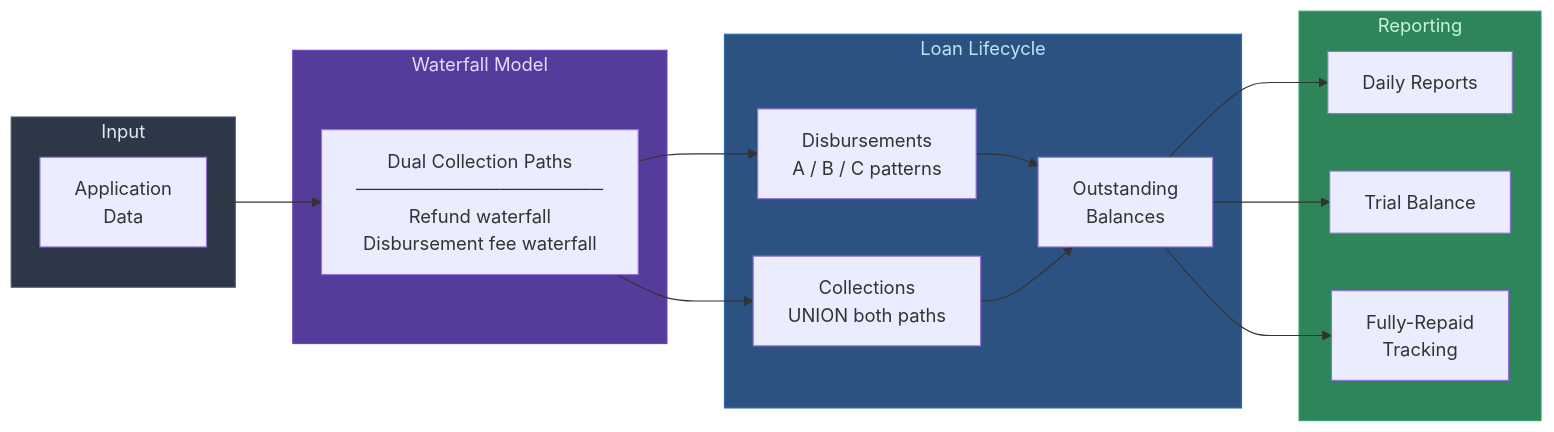
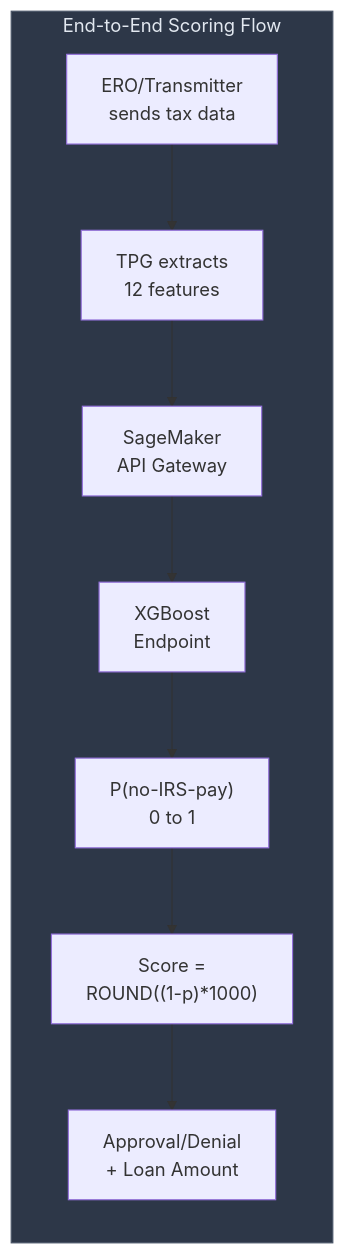
Before and after one commit to akong-git/data-science-portfolio: the second of 2 diagrams in projects/tpg-fca-model/README.md, drawn with Mermaid. The commit also changed other lines of this file, not shown here.

Commit message:
Revise README for FCA 2026 Underwriting Model

````diff
--- a/projects/tpg-fca-model/README.md
+++ b/projects/tpg-fca-model/README.md
@@ -86,36 +80,13 @@
 ```mermaid
 flowchart LR
-    subgraph Input["Input"]
-        APP2["Application\nData"]
+    subgraph Pipeline["End-to-End Scoring Flow"]
+        ERO["ERO/Transmitter\nsends tax data"] --> TPG["TPG extracts\n12 features"]
+        TPG --> GW["SageMaker\nAPI Gateway"]
+        GW --> EP["XGBoost\nEndpoint"]
+        EP --> RESP["P(no-IRS-pay)\n0 to 1"]
+        RESP --> SCORE["Score =\nROUND((1-p)*1000)"]
+        SCORE --> DEC["Approval/Denial\n+ Loan Amount"]
     end
 
-    subgraph Waterfall["Waterfall Model"]
-        WF["Dual Collection Paths\n───────────────────\nRefund waterfall\nDisbursement fee waterfall"]
-    end
-
-    subgraph Lifecycle["Loan Lifecycle"]
-        DISB["Disbursements\nA / B / C patterns"]
-        COLL["Collections\nUNION both paths"]
-        BAL["Outstanding\nBalances"]
-    end
-
-    subgraph Reports["Reporting"]
-        DAILY["Daily Reports"]
-        TRIAL["Trial Balance"]
-        REPAID["Fully-Repaid\nTracking"]
-    end
-
-    APP2 --> WF
-    WF --> DISB
-    WF --> COLL
-    DISB --> BAL
-    COLL --> BAL
-    BAL --> DAILY
-    BAL --> TRIAL
-    BAL --> REPAID
-
-    style Input fill:#2d3748,stroke:#4a5568,color:#e2e8f0
-    style Waterfall fill:#553c9a,stroke:#6b46c1,color:#e9d8fd
-    style Lifecycle fill:#2c5282,stroke:#2b6cb0,color:#bee3f8
-    style Reports fill:#2f855a,stroke:#38a169,color:#c6f6d5
+    style Pipeline fill:#2d3748,stroke:#4a5568,color:#e2e8f0
 ```
````
